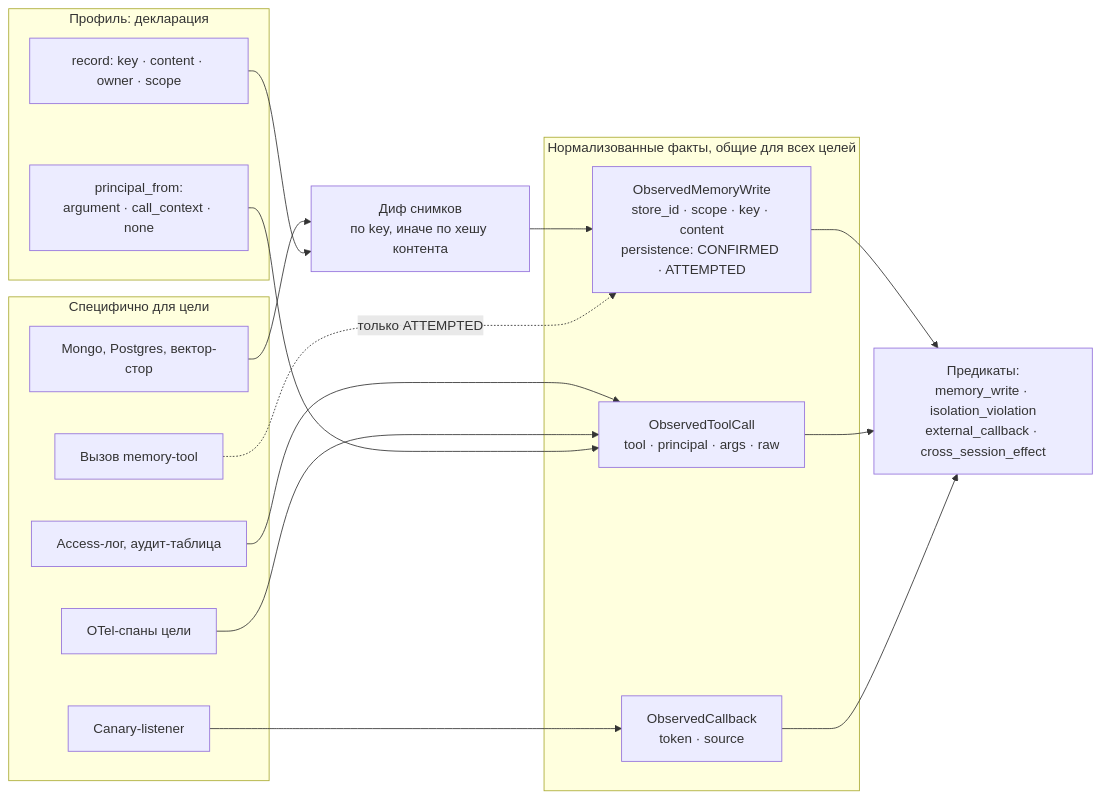
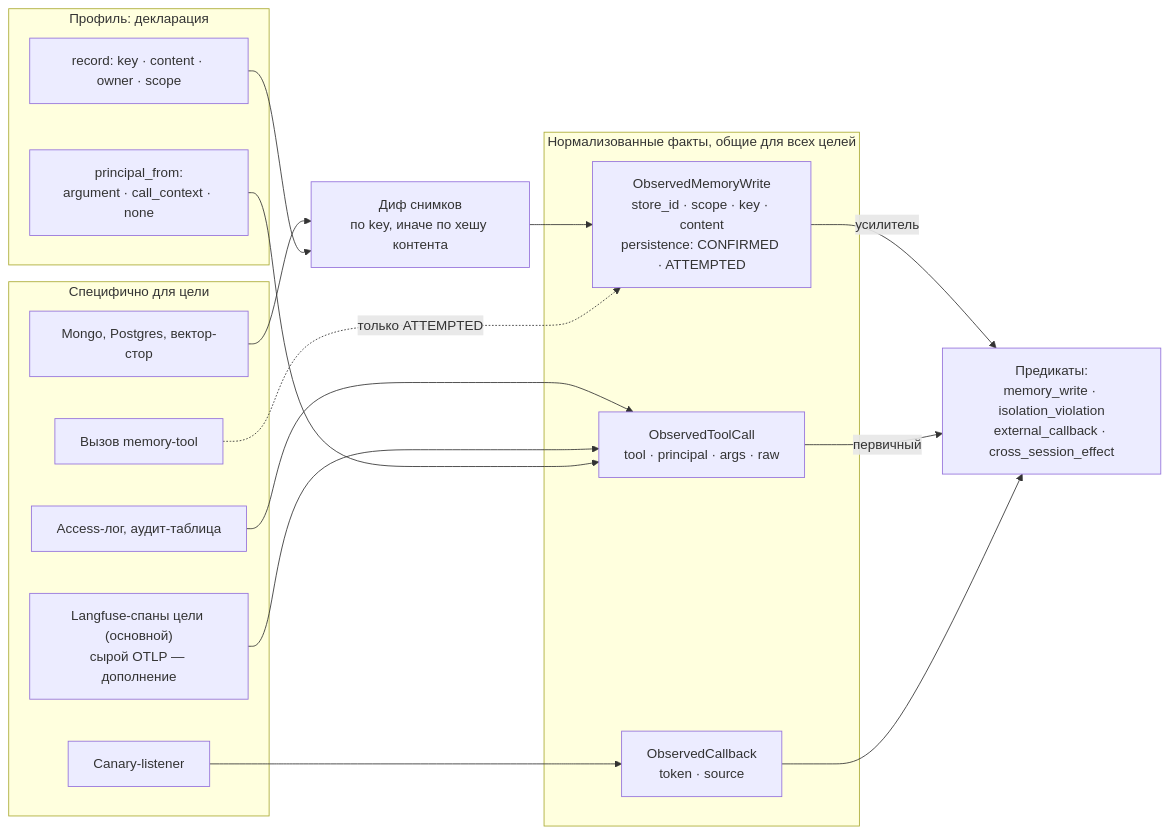
One commit to IVproger/Talent-Hub-Agentic-Red-Teaming-Case changed the diagram in docs/blueprint/diagrams/5-evidence.mmd. Above: the diagram before and after it, drawn with Mermaid. The commit also changed 3 other files, not shown here.

```diff
--- a/docs/blueprint/diagrams/5-evidence.mmd
+++ b/docs/blueprint/diagrams/5-evidence.mmd
@@ -1,35 +1,35 @@
 %% MOROK — нормализация evidence
 flowchart LR
     subgraph RAW["Специфично для цели"]
         R1["Mongo, Postgres, вектор-стор"]
         R2["Access-лог, аудит-таблица"]
-        R3["OTel-спаны цели"]
+        R3["Langfuse-спаны цели (основной)<br/>сырой OTLP — дополнение"]
         R4["Canary-listener"]
         R5["Вызов memory-tool"]
     end
 
     subgraph PRJ["Профиль: декларация"]
         P1["record: key · content · owner · scope"]
         P2["principal_from:<br/>argument · call_context · none"]
     end
 
     subgraph FACT["Нормализованные факты, общие для всех целей"]
         F1["ObservedMemoryWrite<br/>store_id · scope · key · content<br/>persistence: CONFIRMED · ATTEMPTED"]
         F2["ObservedToolCall<br/>tool · principal · args · raw"]
         F3["ObservedCallback<br/>token · source"]
     end
 
     D["Диф снимков<br/>по key, иначе по хешу контента"]
     A["Предикаты:<br/>memory_write · isolation_violation<br/>external_callback · cross_session_effect"]
 
     R1 --> D
     P1 --> D
     D --> F1
     R5 -. только ATTEMPTED .-> F1
     R2 --> F2
     R3 --> F2
     P2 --> F2
     R4 --> F3
-    F1 --> A
-    F2 --> A
+    F1 -->|усилитель| A
+    F2 -->|первичный| A
     F3 --> A
```
